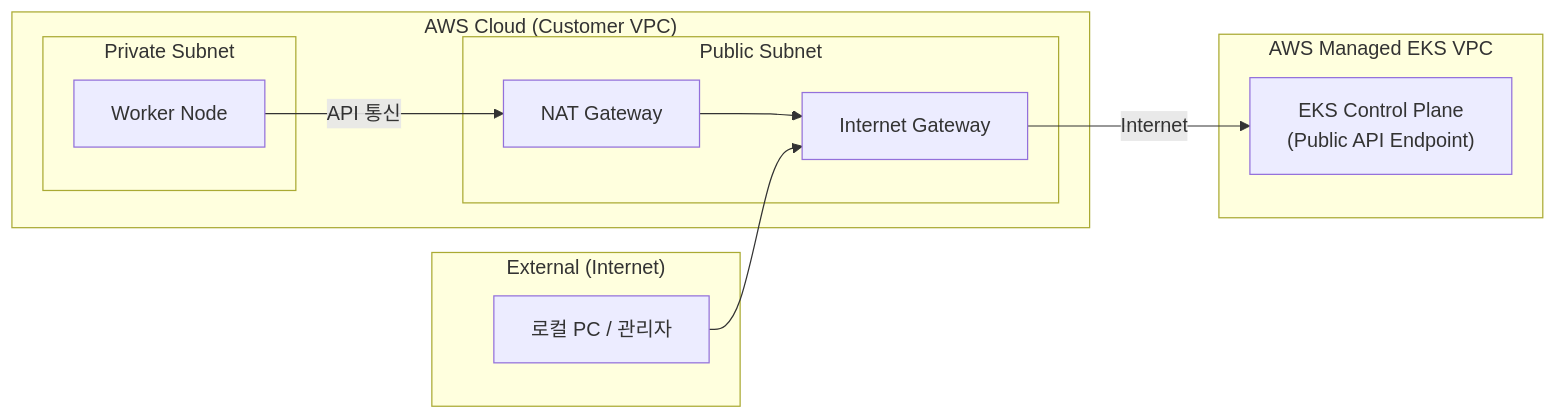
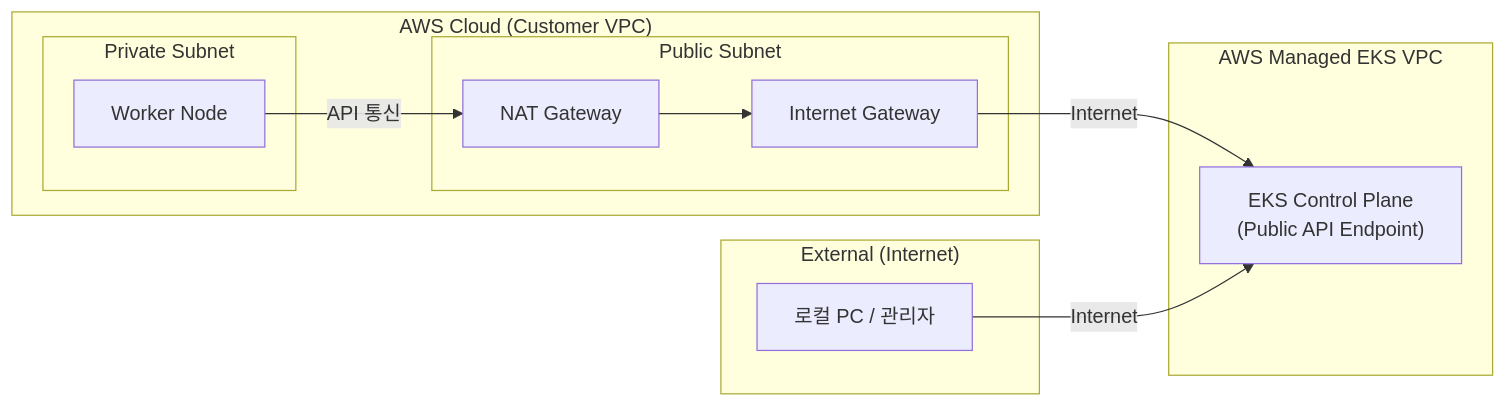
The first of 3 diagrams in 1w/summary.md (chjung99/aws-eks-study), drawn with Mermaid before and after one commit. The commit also changed other lines of this file, not shown here.

````diff
--- a/1w/summary.md
+++ b/1w/summary.md
@@ -13,25 +13,25 @@
 ```mermaid
 graph LR
     subgraph "External (Internet)"
         Admin[로컬 PC / 관리자]
     end
 
     subgraph "AWS Cloud (Customer VPC)"
         subgraph "Public Subnet"
             NAT[NAT Gateway]
             IGW[Internet Gateway]
         end
         subgraph "Private Subnet"
             Worker[Worker Node]
         end
         Worker -->|API 통신| NAT
         NAT --> IGW
-        Admin --> IGW
     end
 
     subgraph "AWS Managed EKS VPC"
         ControlPlane["EKS Control Plane<br>(Public API Endpoint)"]
     end
 
     IGW -->|Internet| ControlPlane
+    Admin -->|Internet| ControlPlane
 ```
````
